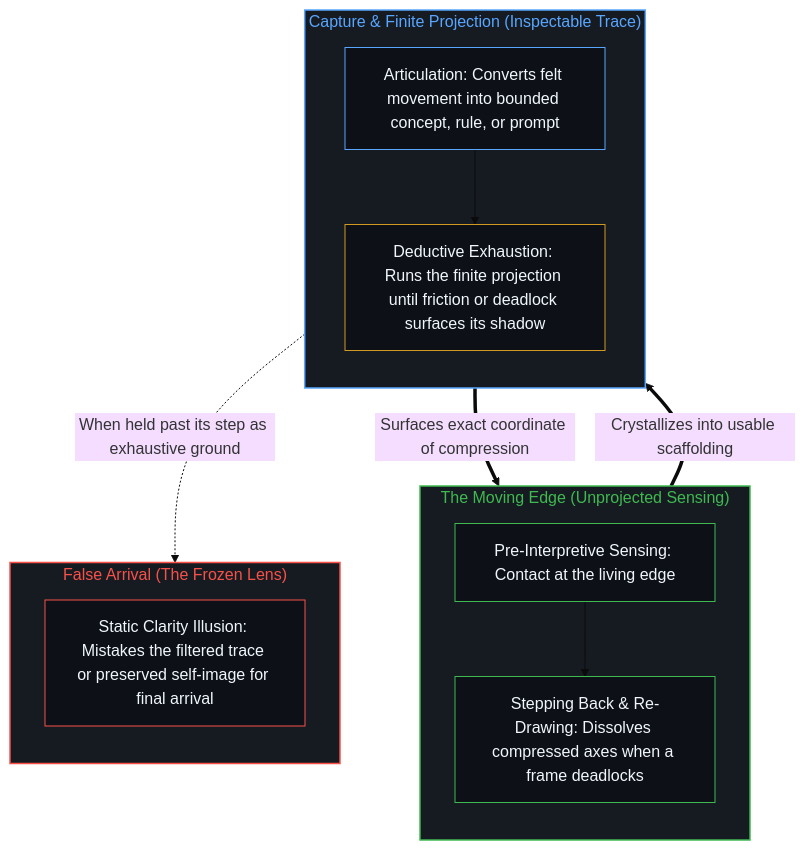
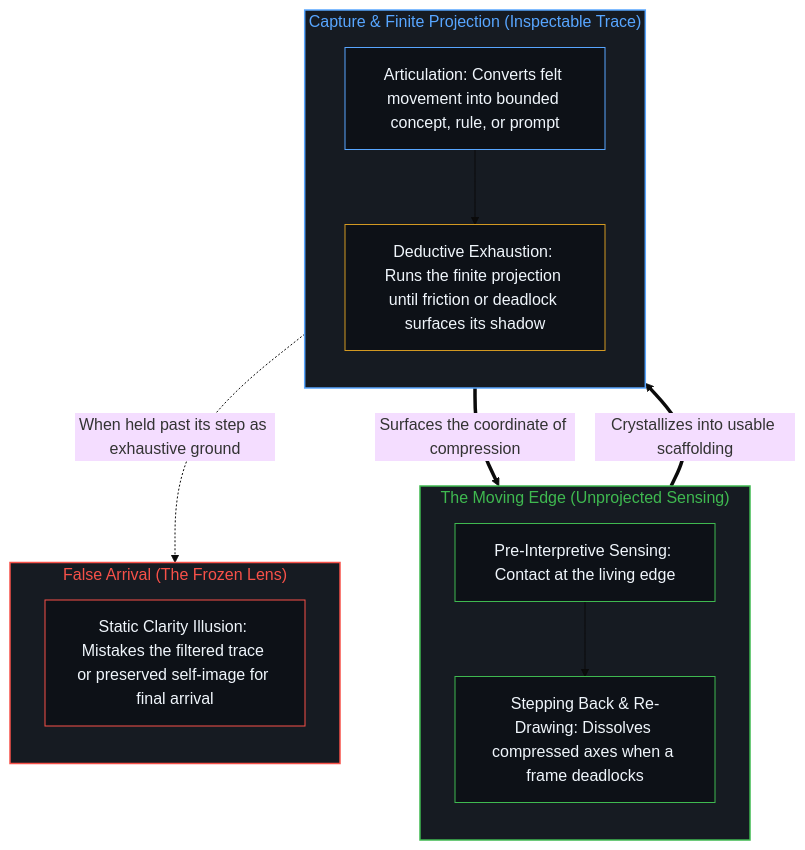
One commit to powerpig99/not-a-toe changed the second of 2 diagrams in content/posts/clarity-isnt-a-state-you-arrive-at.md. Above: the diagram before and after it, drawn with Mermaid (base theme). The commit also changed other lines of this file and 13 other files, not shown here.

````diff
--- a/content/posts/clarity-isnt-a-state-you-arrive-at.md
+++ b/content/posts/clarity-isnt-a-state-you-arrive-at.md
@@ -94,30 +94,30 @@
 ```mermaid
 flowchart TD
     subgraph S_Edge["The Moving Edge (Unprojected Sensing)"]
         direction TB
         Sense["Pre-Interpretive Sensing: Contact at the living edge"]
         StepOut["Stepping Back & Re-Drawing: Dissolves compressed axes when a frame deadlocks"]
         Sense --> StepOut
     end
     subgraph S_Proj["Capture & Finite Projection (Inspectable Trace)"]
         direction TB
         Articulate["Articulation: Converts felt movement into bounded concept, rule, or prompt"]
         Exhaust["Deductive Exhaustion: Runs the finite projection until friction or deadlock surfaces its shadow"]
         Articulate --> Exhaust
     end
     subgraph S_Freeze["False Arrival (The Frozen Lens)"]
         direction TB
         Monument["Static Clarity Illusion: Mistakes the filtered trace or preserved self-image for final arrival"]
     end
     StepOut ==>|"Crystallizes into usable scaffolding"| Articulate
-    Exhaust ==>|"Surfaces exact coordinate of compression"| StepOut
+    Exhaust ==>|"Surfaces the coordinate of compression"| StepOut
     Articulate -.->|"When held past its step as exhaustive ground"| Monument
     style S_Edge fill:#161b22,stroke:#3fb950,stroke-width:1.5px,color:#3fb950
     style S_Proj fill:#161b22,stroke:#58a6ff,stroke-width:1.5px,color:#58a6ff
     style S_Freeze fill:#161b22,stroke:#f85149,stroke-width:1.5px,color:#f85149
     style Sense fill:#0d1117,stroke:#3fb950,stroke-width:1px,color:#f0f6fc
     style StepOut fill:#0d1117,stroke:#3fb950,stroke-width:1px,color:#f0f6fc
     style Articulate fill:#0d1117,stroke:#58a6ff,stroke-width:1px,color:#f0f6fc
     style Exhaust fill:#0d1117,stroke:#d29922,stroke-width:1px,color:#f0f6fc
     style Monument fill:#0d1117,stroke:#f85149,stroke-width:1px,color:#f0f6fc
 ```
````
